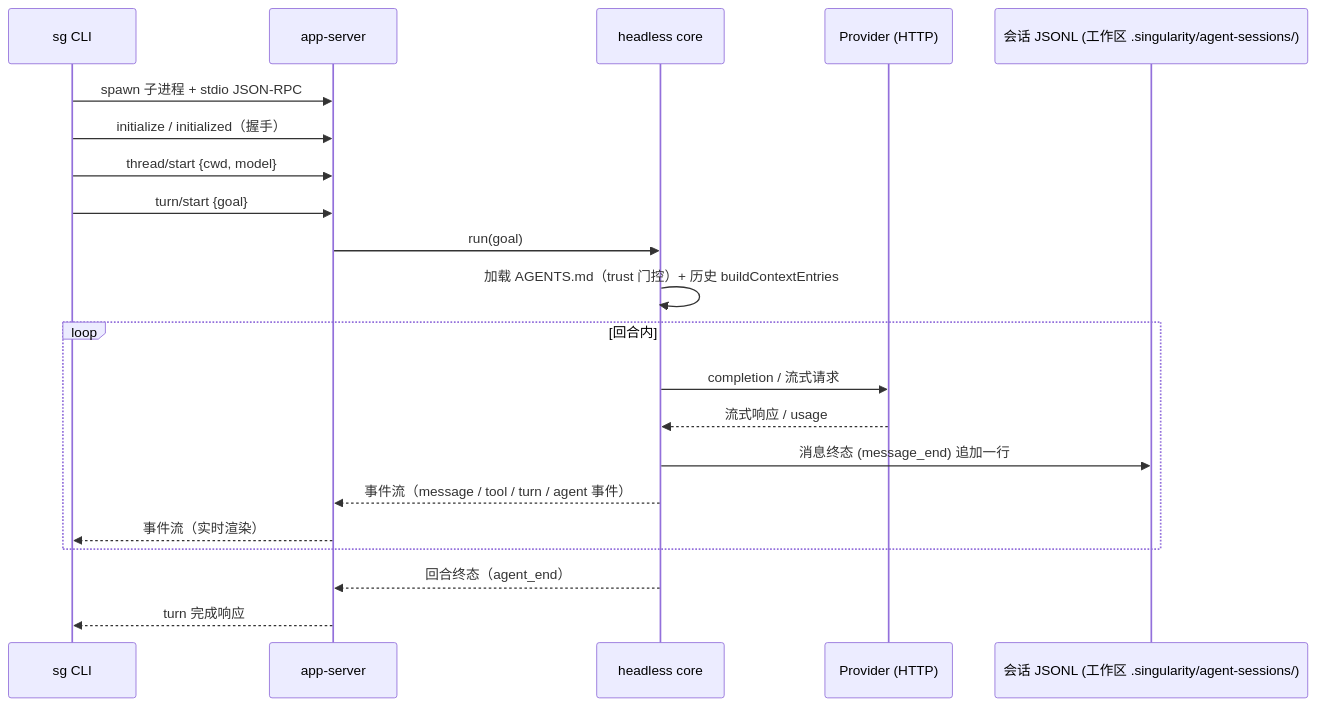
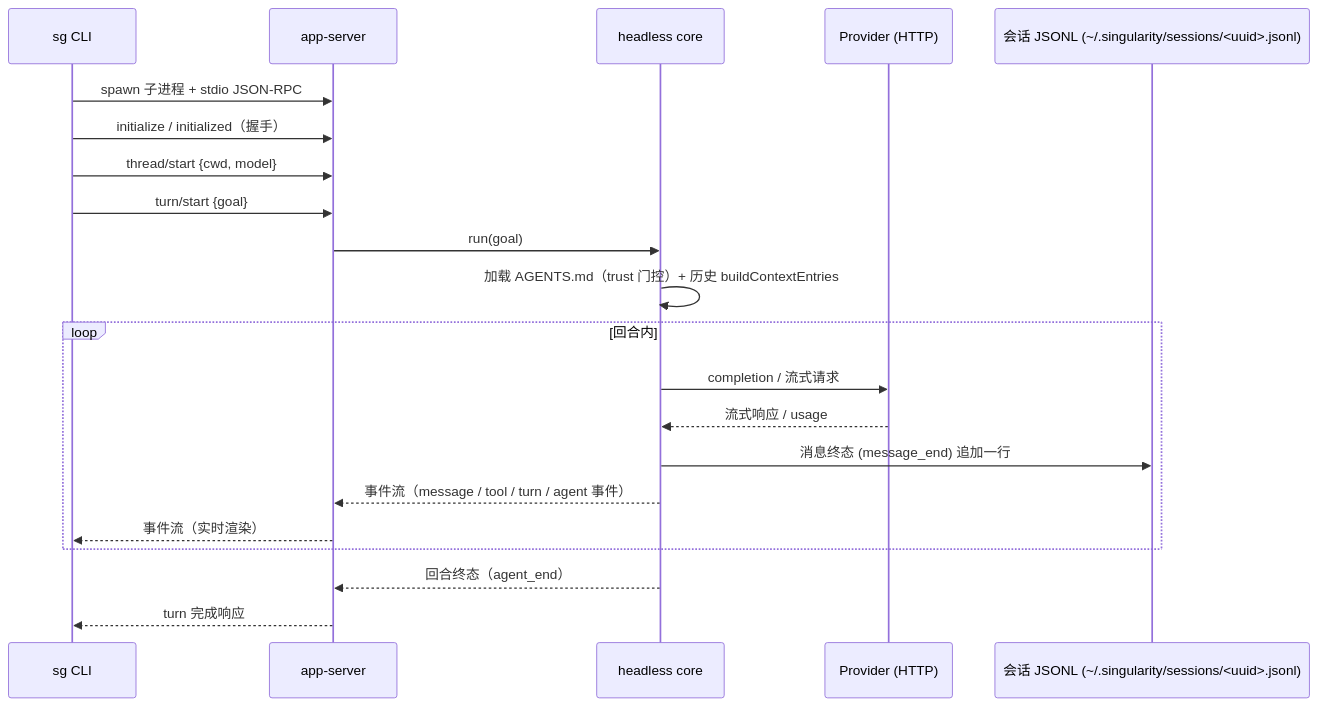
Before and after one commit to qjcnmd/singularity-agent: the second of 8 diagrams in docs/singularity.md, drawn with Mermaid. The commit also changed other lines of this file and 21 other files, not shown here.

````diff
--- a/docs/singularity.md
+++ b/docs/singularity.md
@@ -57,23 +60,23 @@
 ```mermaid
 sequenceDiagram
     participant CLI as sg CLI
     participant S as app-server
     participant C as headless core
     participant P as Provider (HTTP)
-    participant F as 会话 JSONL (工作区 .singularity/agent-sessions/)
+    participant F as 会话 JSONL (~/.singularity/sessions/<uuid>.jsonl)
     CLI->>S: spawn 子进程 + stdio JSON-RPC
     CLI->>S: initialize / initialized（握手）
     CLI->>S: thread/start {cwd, model}
     CLI->>S: turn/start {goal}
     S->>C: run(goal)
     C->>C: 加载 AGENTS.md（trust 门控）+ 历史 buildContextEntries
     loop 回合内
         C->>P: completion / 流式请求
         P-->>C: 流式响应 / usage
         C->>F: 消息终态 (message_end) 追加一行
         C-->>S: 事件流（message / tool / turn / agent 事件）
         S-->>CLI: 事件流（实时渲染）
     end
     C-->>S: 回合终态（agent_end）
     S-->>CLI: turn 完成响应
 ```
````
